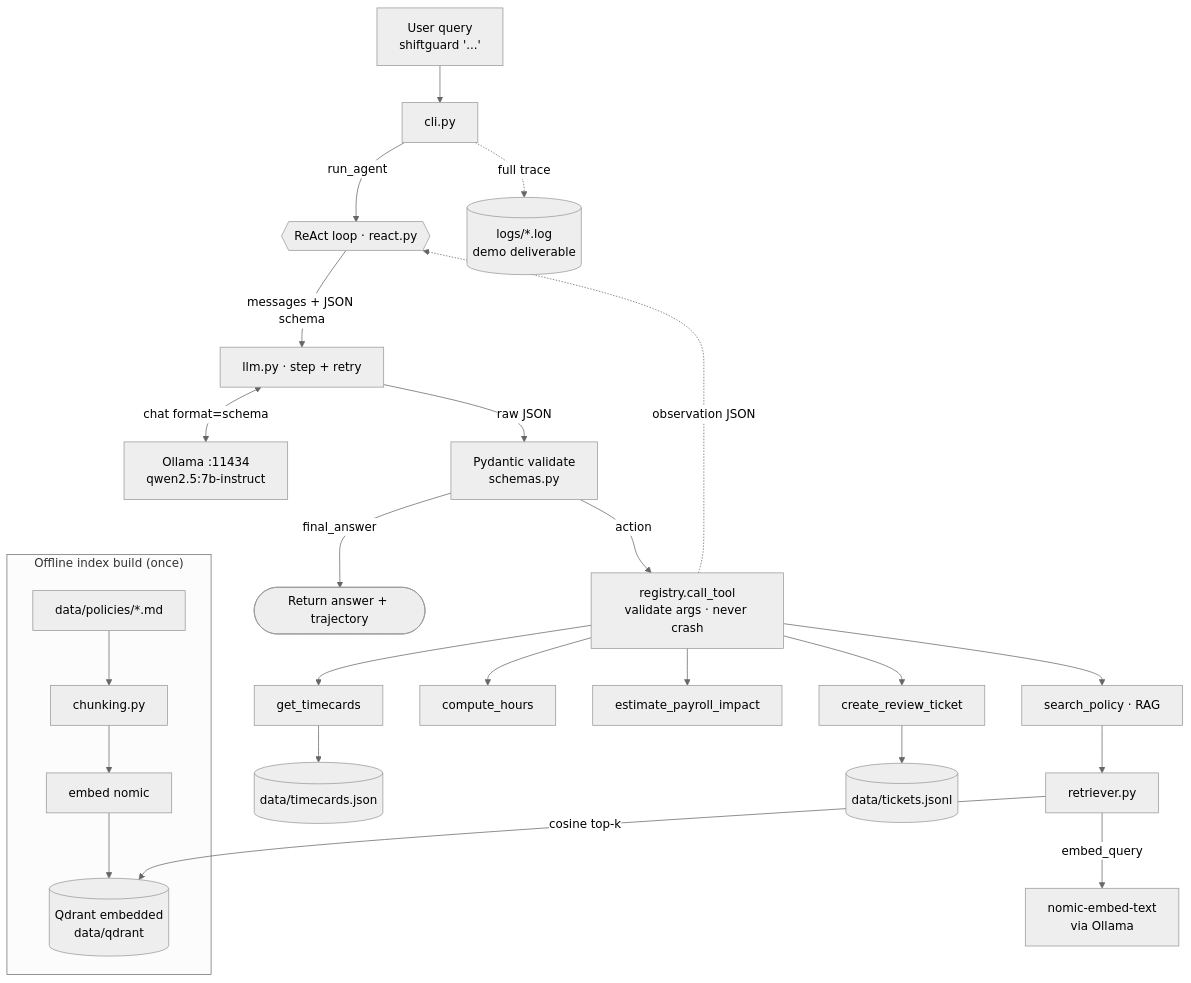
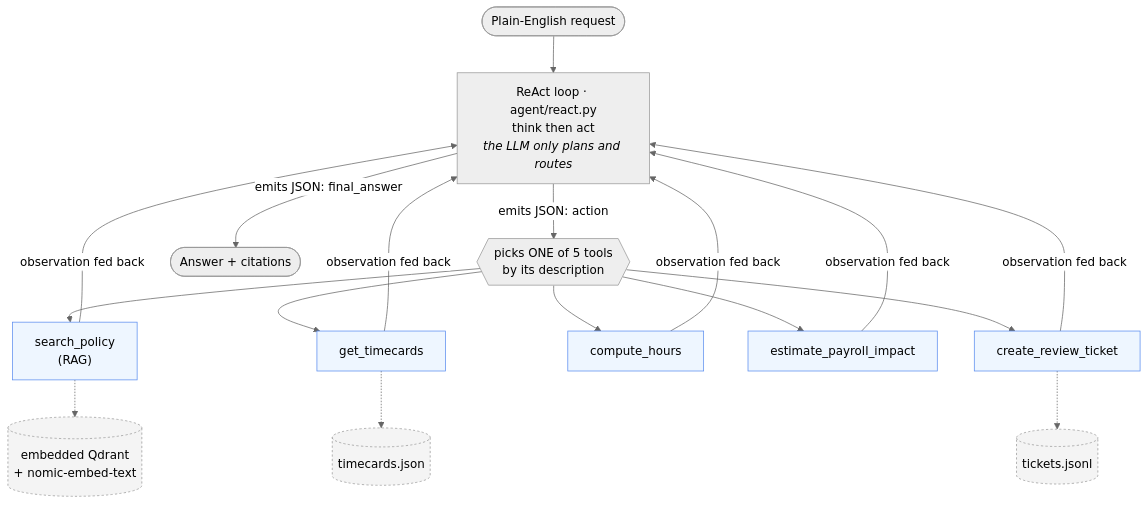
The first of 3 diagrams in README.md (2015pushkar/shiftguard_agent_v1), drawn with Mermaid (neutral theme) before and after one commit. The commit also changed other lines of this file and 1 other file, not shown here.

````diff
--- a/README.md
+++ b/README.md
@@ -43,30 +22,23 @@
 ```mermaid
 flowchart TD
-    U["User query<br/>shiftguard '...'"] --> CLI[cli.py]
-    CLI -->|run_agent| LOOP{{ReAct loop · react.py}}
-    CLI -.full trace.-> LOG[(logs/*.log<br/>demo deliverable)]
+    U(["Plain-English request"]) --> A["ReAct loop · agent/react.py<br/>think then act<br/><i>the LLM only plans and routes</i>"]
+    A -->|"emits JSON: action"| R{{"picks ONE of 5 tools<br/>by its description"}}
+    A -->|"emits JSON: final_answer"| OUT(["Answer + citations"])
 
-    LOOP -->|messages + JSON schema| LLM[llm.py · step + retry]
-    LLM <-->|chat format=schema| OLLAMA["Ollama :11434<br/>qwen2.5:7b-instruct"]
-    LLM -->|raw JSON| VAL[Pydantic validate<br/>schemas.py]
-    VAL -->|final_answer| DONE([Return answer + trajectory])
-    VAL -->|action| REG[registry.call_tool<br/>validate args · never crash]
+    R --> T1["search_policy<br/>(RAG)"]
+    R --> T2["get_timecards"]
+    R --> T3["compute_hours"]
+    R --> T4["estimate_payroll_impact"]
+    R --> T5["create_review_ticket"]
 
-    REG --> T1[get_timecards]
-    REG --> T2[compute_hours]
-    REG --> T3[estimate_payroll_impact]
-    REG --> T4[create_review_ticket]
-    REG --> T5[search_policy · RAG]
+    T1 & T2 & T3 & T4 & T5 -->|observation fed back| A
 
-    T1 --> D1[(data/timecards.json)]
-    T4 --> D2[(data/tickets.jsonl)]
-    T5 --> RET[retriever.py]
-    RET -->|embed_query| OLLAMA2["nomic-embed-text<br/>via Ollama"]
-    RET -->|cosine top-k| QD[(Qdrant embedded<br/>data/qdrant)]
+    T1 -.-> QD[("embedded Qdrant<br/>+ nomic-embed-text")]
+    T2 -.-> JS[("timecards.json")]
+    T5 -.-> TK[("tickets.jsonl")]
 
-    REG -.observation JSON.-> LOOP
-
-    subgraph BUILD["Offline index build (once)"]
-        MD[data/policies/*.md] --> CHK[chunking.py] --> EMB[embed nomic] --> QD
-    end
+    classDef tool fill:#eef6ff,stroke:#5b8def;
+    classDef store fill:#f4f4f4,stroke:#999,stroke-dasharray:3 3;
+    class T1,T2,T3,T4,T5 tool;
+    class QD,JS,TK store;
 ```
````
